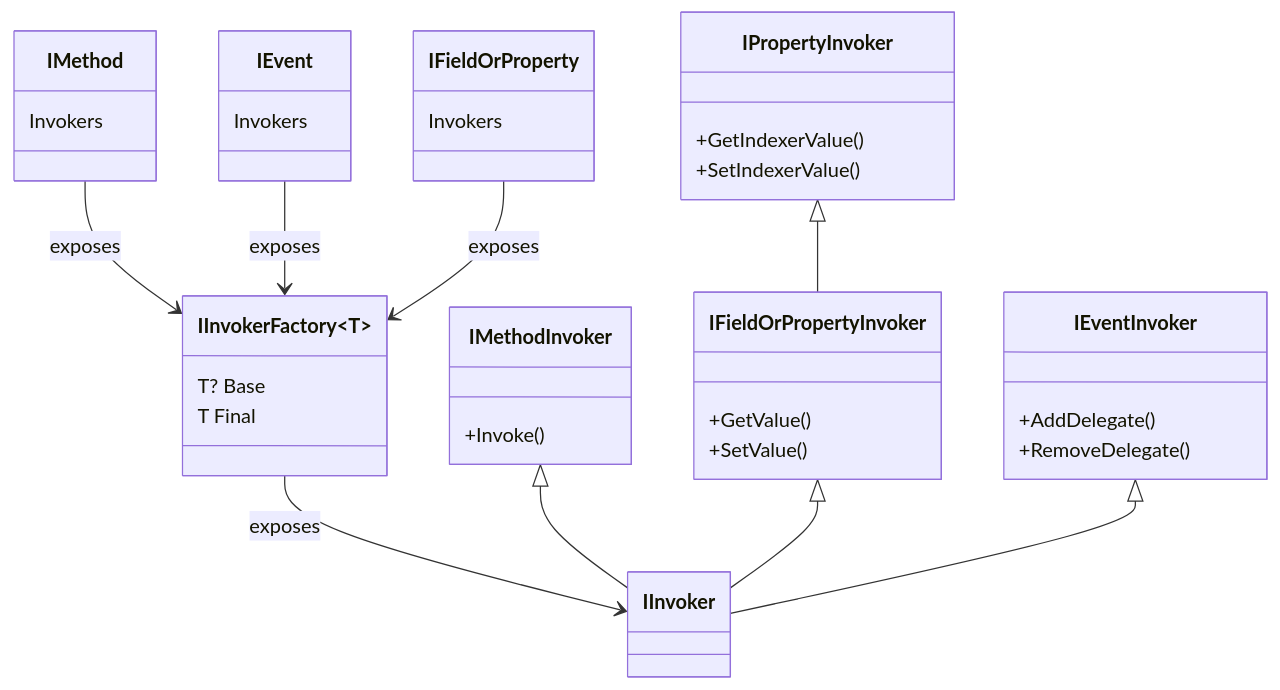
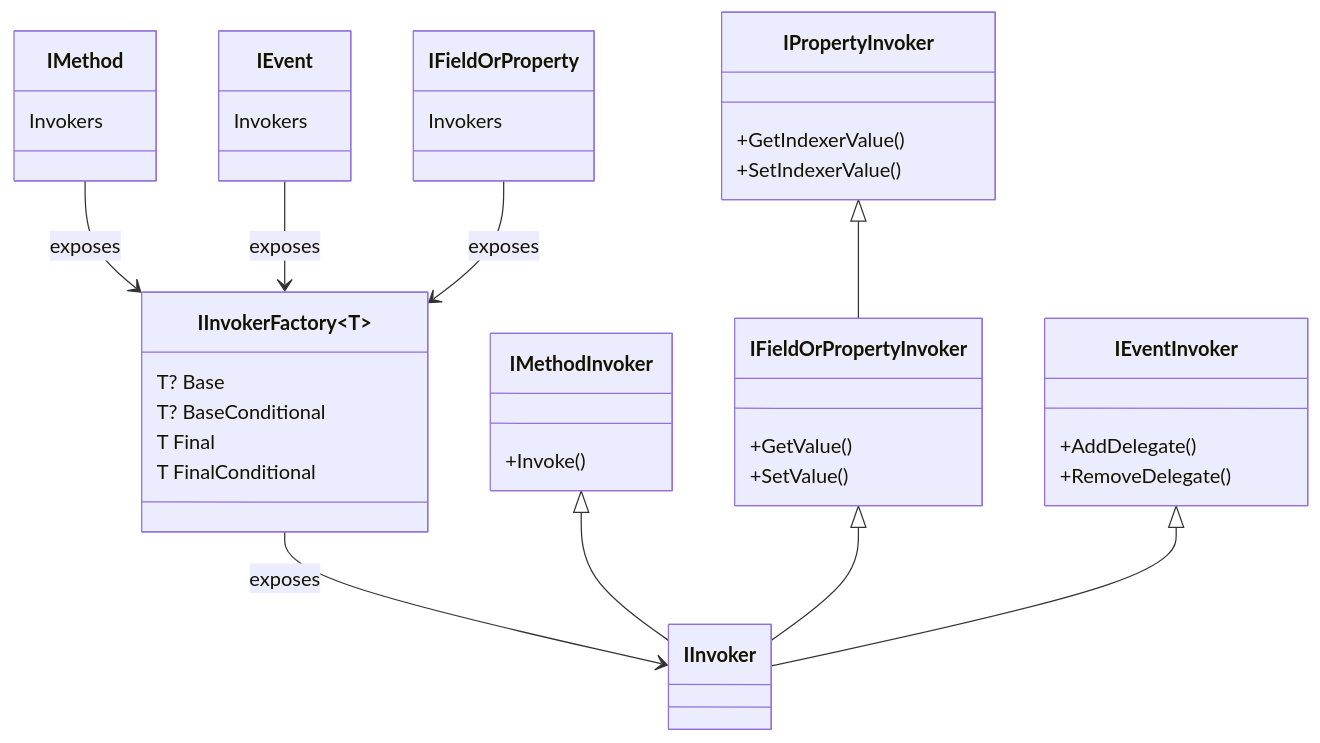
Before and after one commit to postsharp/Metalama.Documentation: the diagram in docfx/namespaces/Caravela.Framework.Code.Invokers.md, drawn with Mermaid. The commit also changed other lines of this file and 28 other files, not shown here.

````diff
--- a/docfx/namespaces/Caravela.Framework.Code.Invokers.md
+++ b/docfx/namespaces/Caravela.Framework.Code.Invokers.md
@@ -19,53 +21,55 @@
 ```mermaid
 classDiagram
 
 class IInvokerFactory~T~ {
    T? Base
+   T? BaseConditional
    T Final
+   T FinalConditional
 }
 
 IInvokerFactory~T~ --> IInvoker: exposes
 
 IMethod --> IInvokerFactory~IMethodInvoker~: exposes
 IEvent --> IInvokerFactory~IEventInvoker~: exposes
 IFieldOrProperty --> IInvokerFactory~IFieldOrPropertyInvoker~: exposes
 
 IMethodInvoker <|-- IInvoker
 IFieldOrPropertyInvoker <|-- IInvoker
 IPropertyInvoker <|-- IFieldOrPropertyInvoker
 IEventInvoker <|-- IInvoker
 
 class IMethod {
    Invokers
 }
 
 class IEvent {
    Invokers
 }
 
 class IFieldOrProperty {
    Invokers
 }
 
 
 
 class IMethodInvoker {
  +Invoke()
 }
 
 class IFieldOrPropertyInvoker {
    +GetValue()
    +SetValue()
 }
 
 class IPropertyInvoker {
    +GetIndexerValue()
    +SetIndexerValue()
 }
 
 class IEventInvoker {
    +AddDelegate()
    +RemoveDelegate()
 }
 
 ```
````
